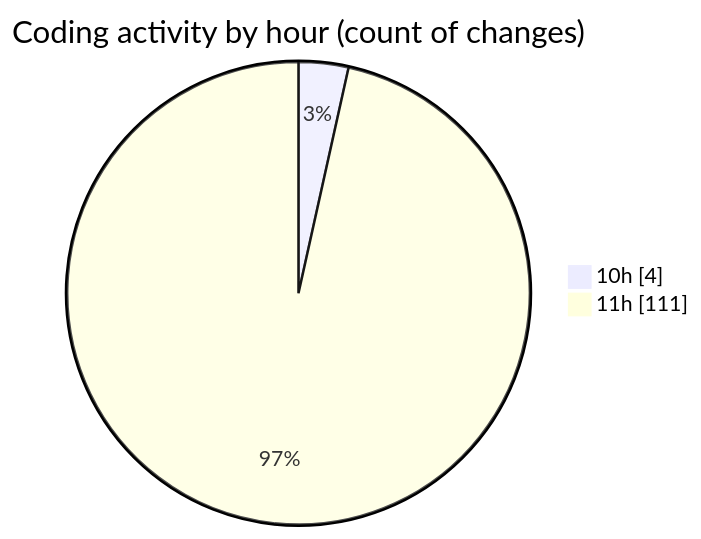
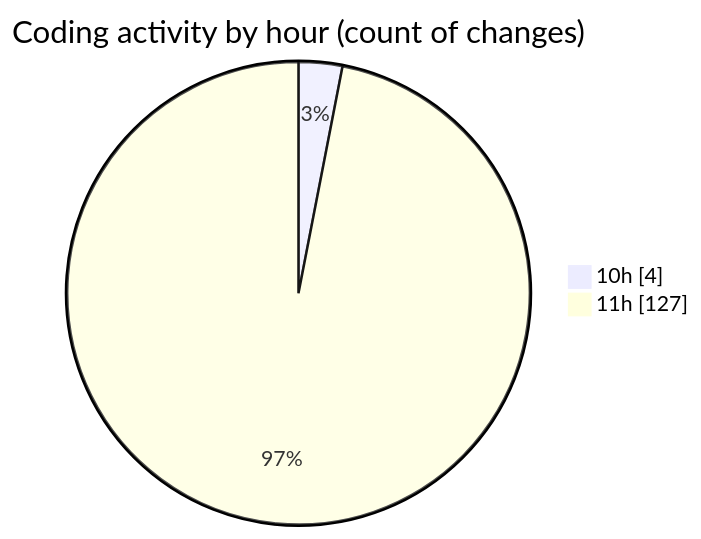
The second of 2 diagrams in 2025-04-14/nxtqube_webapp/README.md (nxtqubesakshisongat/code-tracking), drawn with Mermaid before and after one commit. The commit also changed other lines of this file and 1 other file, not shown here.

````diff
--- a/2025-04-14/nxtqube_webapp/README.md
+++ b/2025-04-14/nxtqube_webapp/README.md
@@ -32,6 +32,6 @@
 ```mermaid
 pie showData
 title Coding activity by hour (count of changes)
 "10h" : 4
-"11h" : 111
+"11h" : 127
 ```
````
